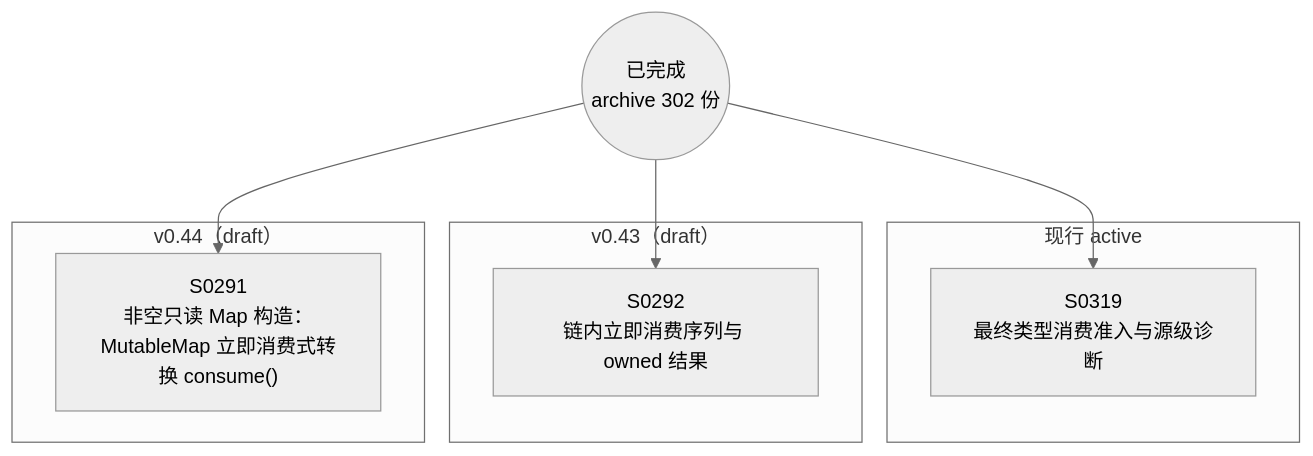
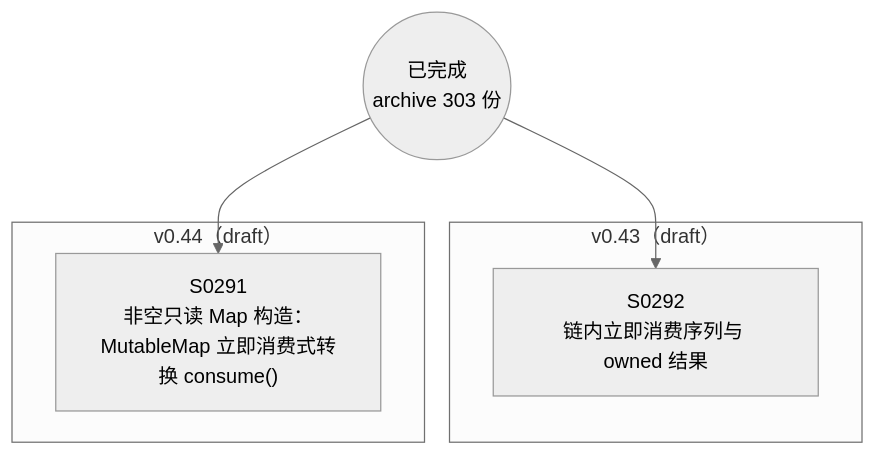
One commit to Halckon/Koven changed the diagram in docs/specs/dependency-graph.md. Above: the diagram before and after it, drawn with Mermaid (neutral theme). The commit also changed other lines of this file and 9 other files, not shown here.

````diff
--- a/docs/specs/dependency-graph.md
+++ b/docs/specs/dependency-graph.md
@@ -9,16 +9,12 @@
 ```mermaid
 flowchart TD
-ARCH(("已完成<br/>archive 302 份"))
-subgraph Gactive["现行 active"]
-  S0319["S0319<br/>最终类型消费准入与源级诊断"]
-end
+ARCH(("已完成<br/>archive 303 份"))
 subgraph Gdrafts_v043["v0.43（draft）"]
   S0292["S0292<br/>链内立即消费序列与 owned 结果"]
 end
 subgraph Gdrafts_v044["v0.44（draft）"]
   S0291["S0291<br/>非空只读 Map 构造：MutableMap 立即消费式转换 consume()"]
 end
 ARCH --> S0291
 ARCH --> S0292
-ARCH --> S0319
 ```
````
